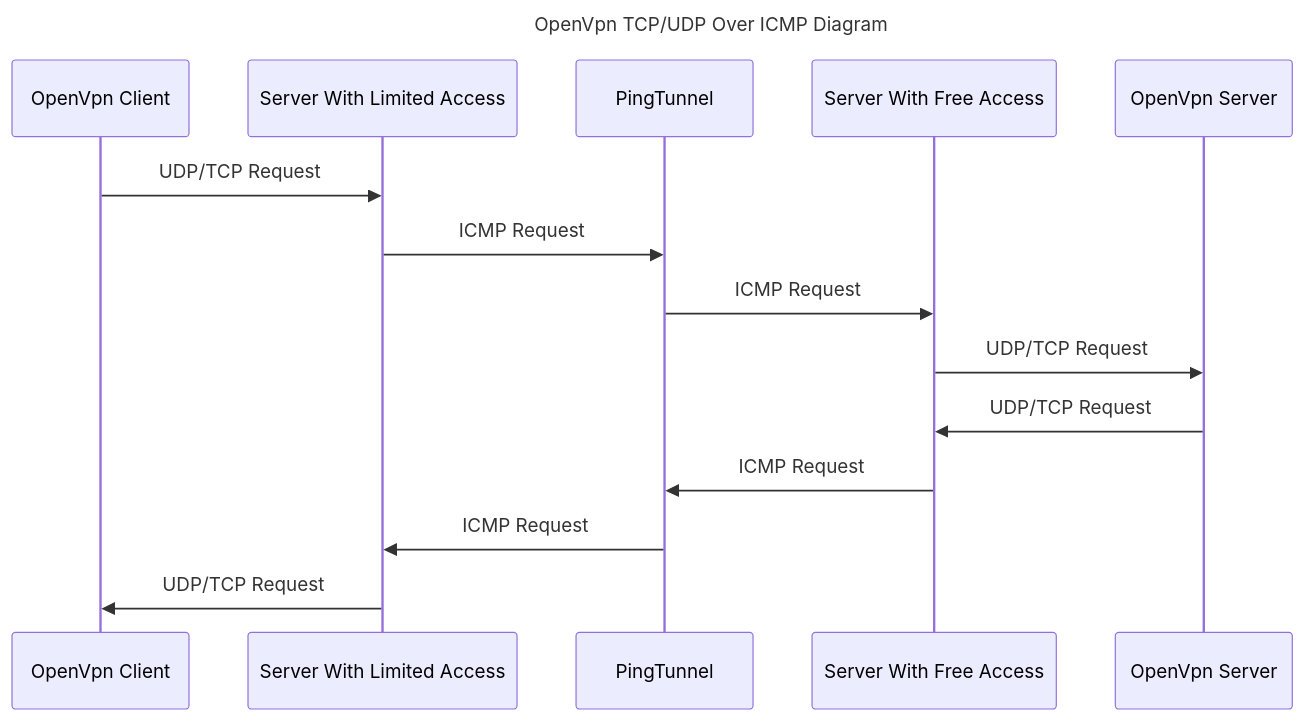
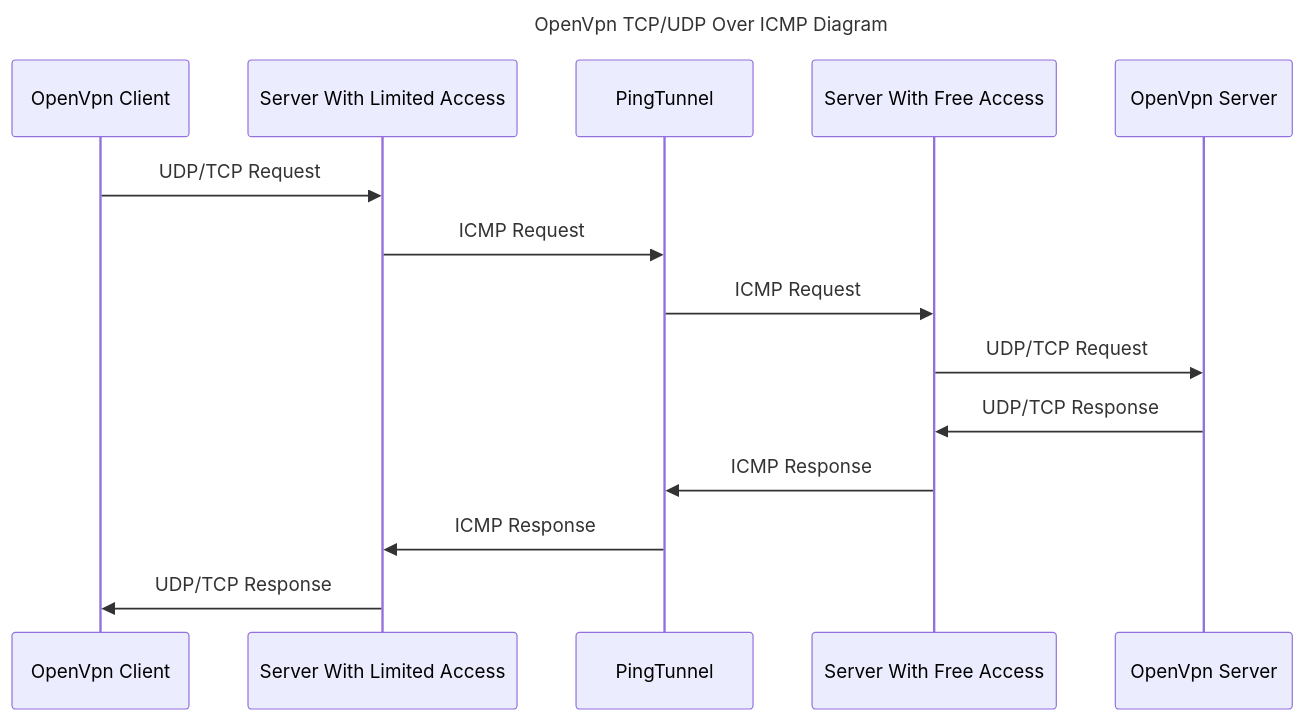
One commit to arezaie14/openvpn-over-icmp changed the first of 2 diagrams in README.md. Above: the diagram before and after it, drawn with Mermaid.

````diff
--- a/README.md
+++ b/README.md
@@ -107,12 +107,12 @@
 ```mermaid
 sequenceDiagram
         title OpenVpn TCP/UDP Over ICMP Diagram;
         OpenVpn Client ->>Server With Limited Access:UDP/TCP Request;
         Server With Limited Access->>PingTunnel:ICMP Request;
         PingTunnel->> Server With Free Access:ICMP Request;
         Server With Free Access->>OpenVpn Server: UDP/TCP Request;
-        OpenVpn Server->>Server With Free Access:UDP/TCP Request;
-        Server With Free Access->>PingTunnel:ICMP Request;
-        PingTunnel->>Server With Limited Access:ICMP Request;
-        Server With Limited Access->>OpenVpn Client:UDP/TCP Request;
+        OpenVpn Server->>Server With Free Access:UDP/TCP Response;
+        Server With Free Access->>PingTunnel:ICMP Response;
+        PingTunnel->>Server With Limited Access:ICMP Response;
+        Server With Limited Access->>OpenVpn Client:UDP/TCP Response;
 ```
````
